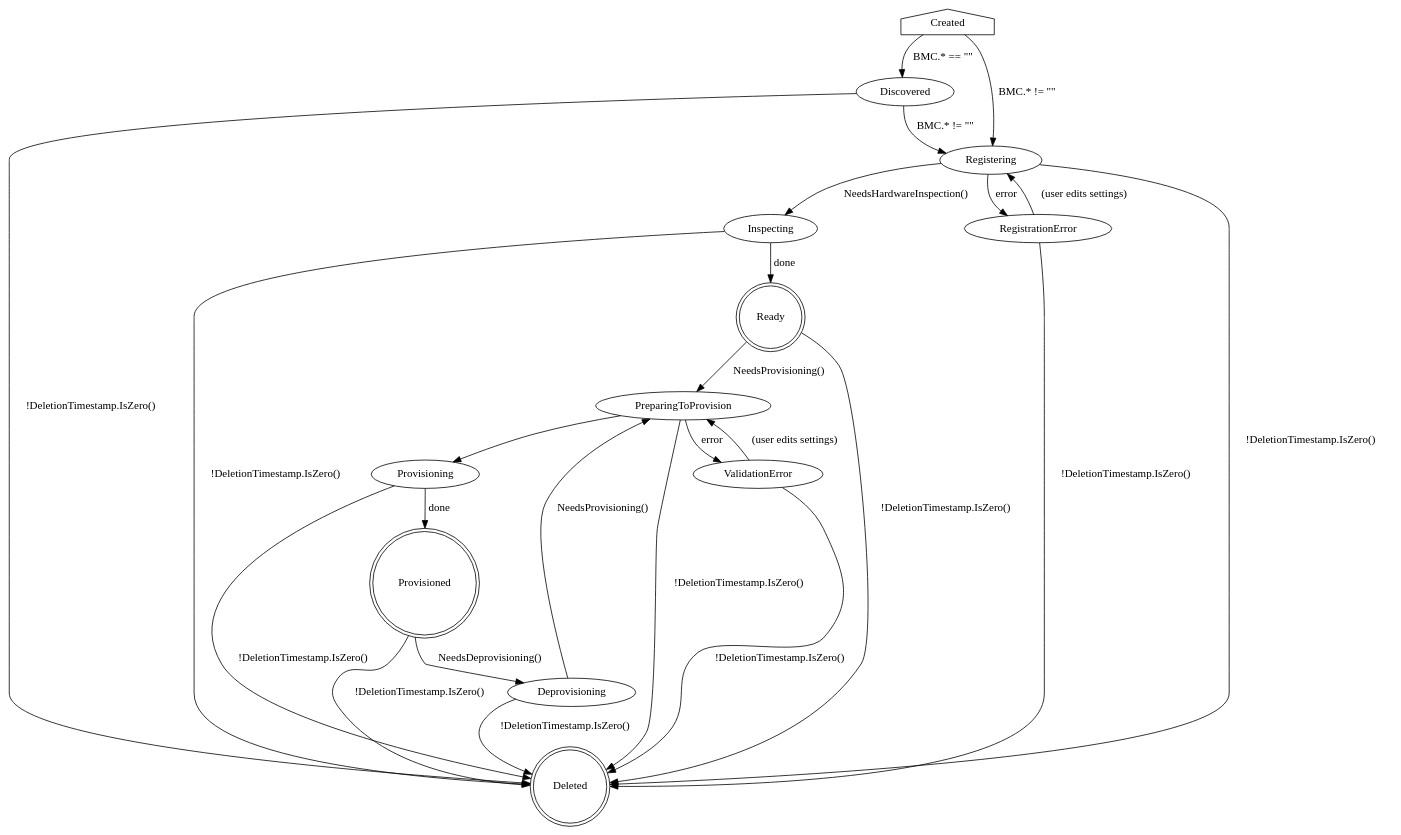
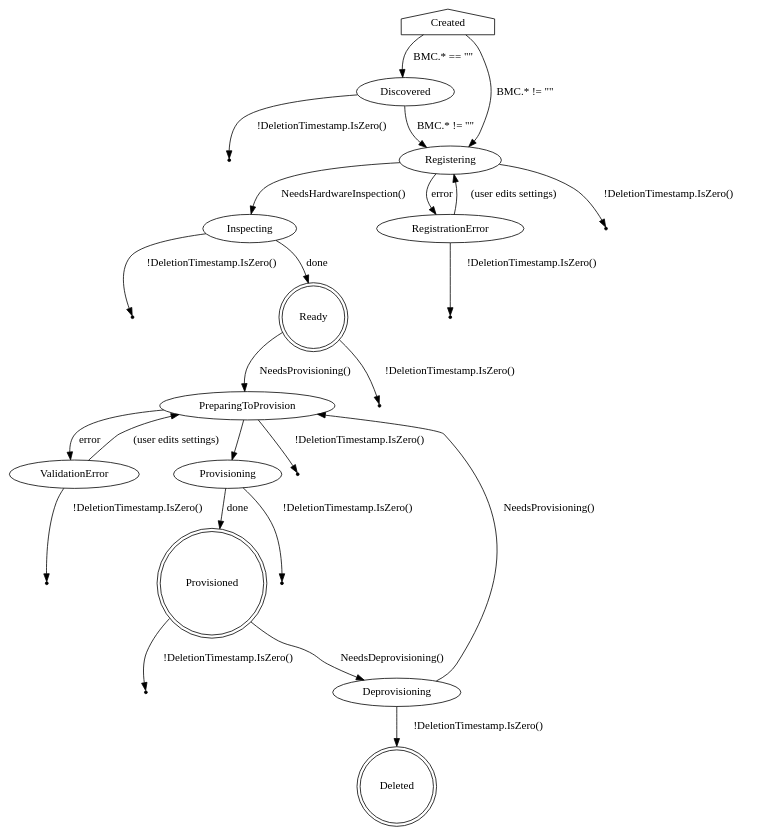
One commit to metal3-io/baremetal-operator changed the diagram in docs/BaremetalHost_ProvisioningState.dot. Above: the diagram before and after it, drawn with Graphviz. The commit also changed 1 other file, not shown here.

Commit message:
reduce clutter by adding multiple deleted nodes
Having all of the delete arrows connect to the same node in the graph
hides the generally linear flow between the regular states. Use
several separate "point" style nodes to indicate a continuation to the
bottom deleted node.

```diff
--- a/docs/BaremetalHost_ProvisioningState.dot
+++ b/docs/BaremetalHost_ProvisioningState.dot
@@ -1,41 +1,59 @@
 digraph BaremetalHost {
     Created [shape=house]
     Created -> Discovered [label="BMC.* == \"\""]
     Created -> Registering [label="BMC.* != \"\""]
 
     Discovered -> Registering [label="BMC.* != \"\""]
-    Discovered -> Deleted [label="!DeletionTimestamp.IsZero()"]
+    Discovered -> Deleted1 [label="!DeletionTimestamp.IsZero()"]
+
+    Deleted1 [shape=point]
 
     Registering -> Inspecting [label="NeedsHardwareInspection()"]
     Registering -> RegistrationError [label=error]
-    Registering -> Deleted [label="!DeletionTimestamp.IsZero()"]
+    Registering -> Deleted2 [label="!DeletionTimestamp.IsZero()"]
+
+    Deleted2 [shape=point]
 
     Inspecting -> Ready [label="done"]
-    Inspecting -> Deleted [label="!DeletionTimestamp.IsZero()"]
+    Inspecting -> Deleted3 [label="!DeletionTimestamp.IsZero()"]
+
+    Deleted3 [shape=point]
 
     RegistrationError -> Registering [label="(user edits settings)"]
-    RegistrationError -> Deleted [label="!DeletionTimestamp.IsZero()"]
+    RegistrationError -> Deleted4 [label="!DeletionTimestamp.IsZero()"]
+
+    Deleted4 [shape=point]
 
     Ready [shape=doublecircle]
     Ready -> PreparingToProvision [label="NeedsProvisioning()"]
-    Ready -> Deleted [label="!DeletionTimestamp.IsZero()"]
+    Ready -> Deleted5 [label="!DeletionTimestamp.IsZero()"]
+
+    Deleted5 [shape=point]
 
     PreparingToProvision -> ValidationError [label=error]
     PreparingToProvision -> Provisioning
-    PreparingToProvision -> Deleted [label="!DeletionTimestamp.IsZero()"]
+    PreparingToProvision -> Deleted6 [label="!DeletionTimestamp.IsZero()"]
+
+    Deleted6 [shape=point]
 
     ValidationError -> PreparingToProvision [label="(user edits settings)"]
-    ValidationError -> Deleted [label="!DeletionTimestamp.IsZero()"]
+    ValidationError -> Deleted7 [label="!DeletionTimestamp.IsZero()"]
+
+    Deleted7 [shape=point]
 
     Provisioning -> Provisioned [label=done]
-    Provisioning -> Deleted [label="!DeletionTimestamp.IsZero()"]
+    Provisioning -> Deleted8 [label="!DeletionTimestamp.IsZero()"]
+
+    Deleted8 [shape=point]
 
     Provisioned [shape=doublecircle]
     Provisioned -> Deprovisioning [label="NeedsDeprovisioning()"]
-    Provisioned -> Deleted [label="!DeletionTimestamp.IsZero()"]
+    Provisioned -> Deleted9 [label="!DeletionTimestamp.IsZero()"]
 
-    Deleted [shape=doublecircle]
+    Deleted9 [shape=point]
 
     Deprovisioning -> PreparingToProvision [label="NeedsProvisioning()"]
     Deprovisioning -> Deleted [label="!DeletionTimestamp.IsZero()"]
+
+    Deleted [shape=doublecircle]
 }
```
